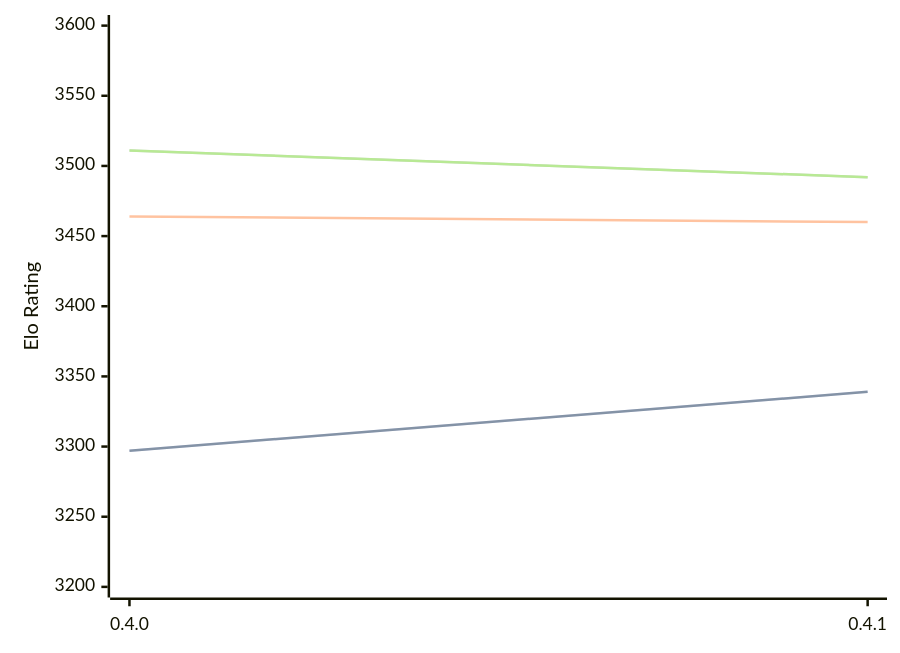
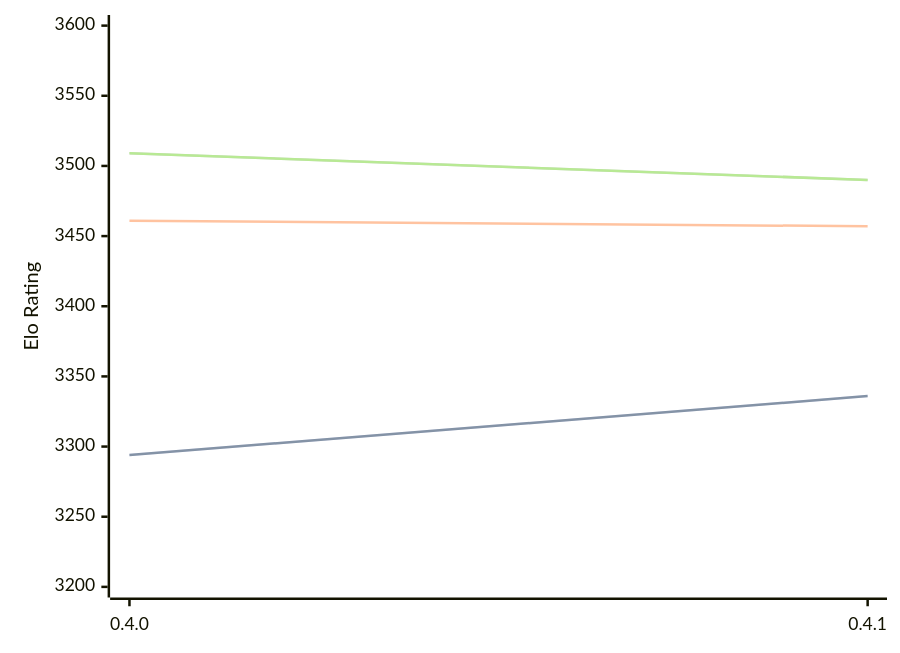
Before and after one commit to computer-chess-index/cci: the diagram in engines/Cinder.md, drawn with Mermaid. The commit also changed other lines of this file, not shown here.

Commit message:
Update CCI Ratings (ELO VLTC) - 2026-06-08

````diff
--- a/engines/Cinder.md
+++ b/engines/Cinder.md
@@ -40,11 +40,11 @@
 ```mermaid
 %%{init: {"theme":"base","themeVariables":{"seriesColors:['#a3a3a3','#222221','#faa371']}}}%%
 xychart-beta
   x-axis ["0.4.0", "0.4.1"]
   y-axis "Elo Rating" 3200 --> 3600
-  line "STC (8.0+0.08s)" [3297, 3339]
-  line "STC (8.0+0.08s)" [3297, 3339]
-  line "LTC (60.0+0.60s)" [3464, 3460]
-  line "VLTC (2m24s+1.12s)" [3511, 3492]
-  line "VLTC (2m24s+1.12s)" [3511, 3492]
+  line "STC (8.0+0.08s)" [3294, 3336]
+  line "STC (8.0+0.08s)" [3294, 3336]
+  line "LTC (60.0+0.60s)" [3461, 3457]
+  line "VLTC (2m24s+1.12s)" [3509, 3490]
+  line "VLTC (2m24s+1.12s)" [3509, 3490]
 ```
````
